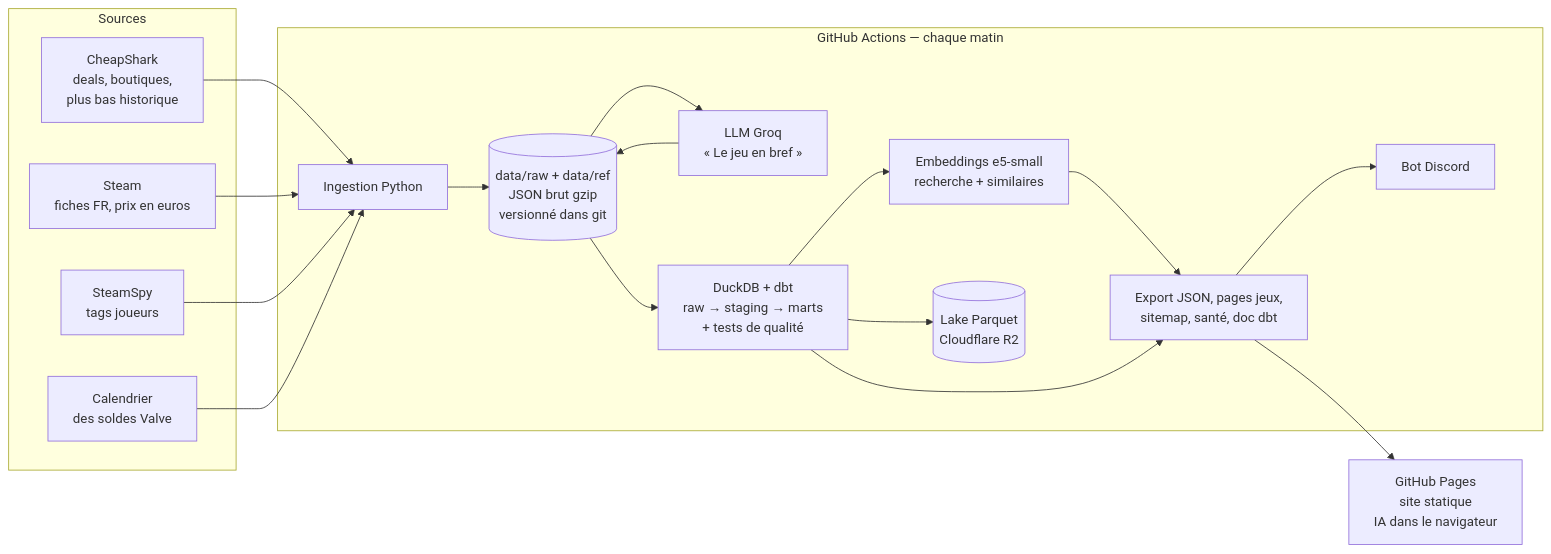
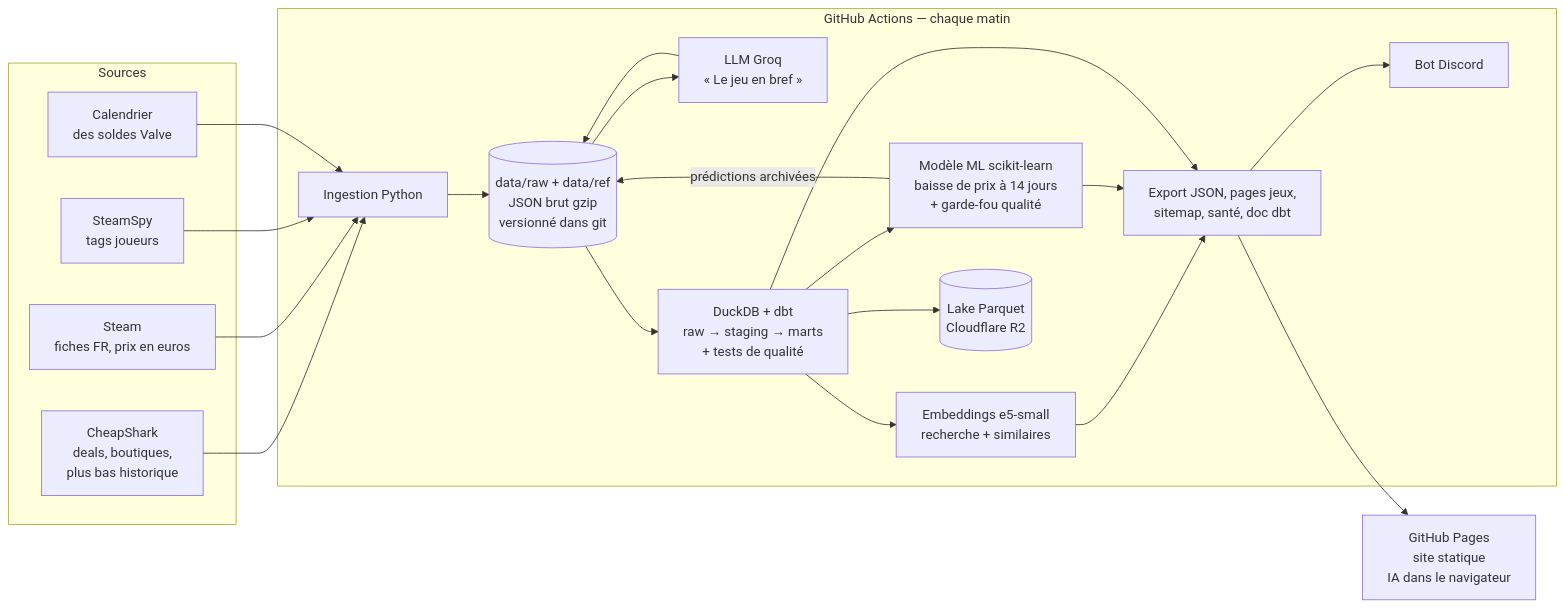
One commit to Slfire/deal-hunter changed the diagram in README.md. Above: the diagram before and after it, drawn with Mermaid. The commit also changed other lines of this file and 18 other files, not shown here.

Commit message:
v9 : prédiction des baisses de prix à 14 jours

````diff
--- a/README.md
+++ b/README.md
@@ -11,29 +11,32 @@
 ```mermaid
 flowchart LR
     subgraph Sources
         CS[CheapShark<br/>deals, boutiques,<br/>plus bas historique]
         ST[Steam<br/>fiches FR, prix en euros]
         SP[SteamSpy<br/>tags joueurs]
         VC[Calendrier<br/>des soldes Valve]
     end
 
     subgraph "GitHub Actions — chaque matin"
         ING[Ingestion Python]
         RAW[(data/raw + data/ref<br/>JSON brut gzip<br/>versionné dans git)]
         LLM[LLM Groq<br/>« Le jeu en bref »]
         DBT[DuckDB + dbt<br/>raw → staging → marts<br/>+ tests de qualité]
+        ML[Modèle ML scikit-learn<br/>baisse de prix à 14 jours<br/>+ garde-fou qualité]
         EMB[Embeddings e5-small<br/>recherche + similaires]
         PUB[Export JSON, pages jeux,<br/>sitemap, santé, doc dbt]
         LAKE[(Lake Parquet<br/>Cloudflare R2)]
         DIS[Bot Discord]
     end
 
     SITE[GitHub Pages<br/>site statique<br/>IA dans le navigateur]
 
     CS & ST & SP & VC --> ING --> RAW
     RAW --> LLM --> RAW
     RAW --> DBT --> EMB --> PUB --> SITE
+    DBT --> ML --> PUB
+    ML -- prédictions archivées --> RAW
     DBT --> PUB
     DBT --> LAKE
     PUB --> DIS
 ```
````
